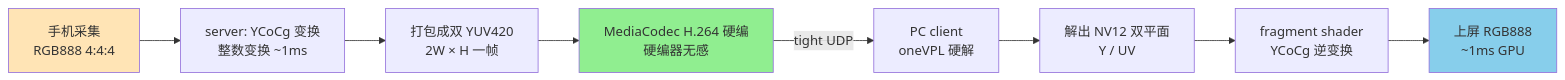
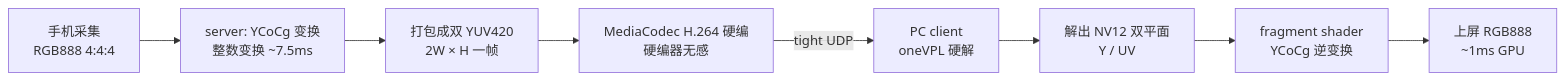
The diagram in docs/double_ycocg_bandwidth_report.md (arrayforward/phone-app), drawn with Mermaid before and after one commit. The commit also changed other lines of this file, not shown here.

````diff
--- a/docs/double_ycocg_bandwidth_report.md
+++ b/docs/double_ycocg_bandwidth_report.md
@@ -472,14 +154,10 @@
 ```mermaid
 flowchart LR
-    A[手机采集<br/>RGB888 4:4:4] --> B[server: YCoCg 变换<br/>整数变换 ~1ms]
+    A[手机采集<br/>RGB888 4:4:4] --> B[server: YCoCg 变换<br/>整数变换 ~7.5ms]
     B --> C[打包成双 YUV420<br/>2W × H 一帧]
     C --> D[MediaCodec H.264 硬编<br/>硬编器无感]
-    D -->|"tight UDP"| E[PC client<br/>oneVPL 硬解]
+    D -->|tight UDP| E[PC client<br/>oneVPL 硬解]
     E --> F[解出 NV12 双平面<br/>Y / UV]
     F --> G[fragment shader<br/>YCoCg 逆变换]
     G --> H[上屏 RGB888<br/>~1ms GPU]
-
-    style A fill:#ffe4b5
-    style D fill:#90ee90
-    style H fill:#87ceeb
 ```
````
